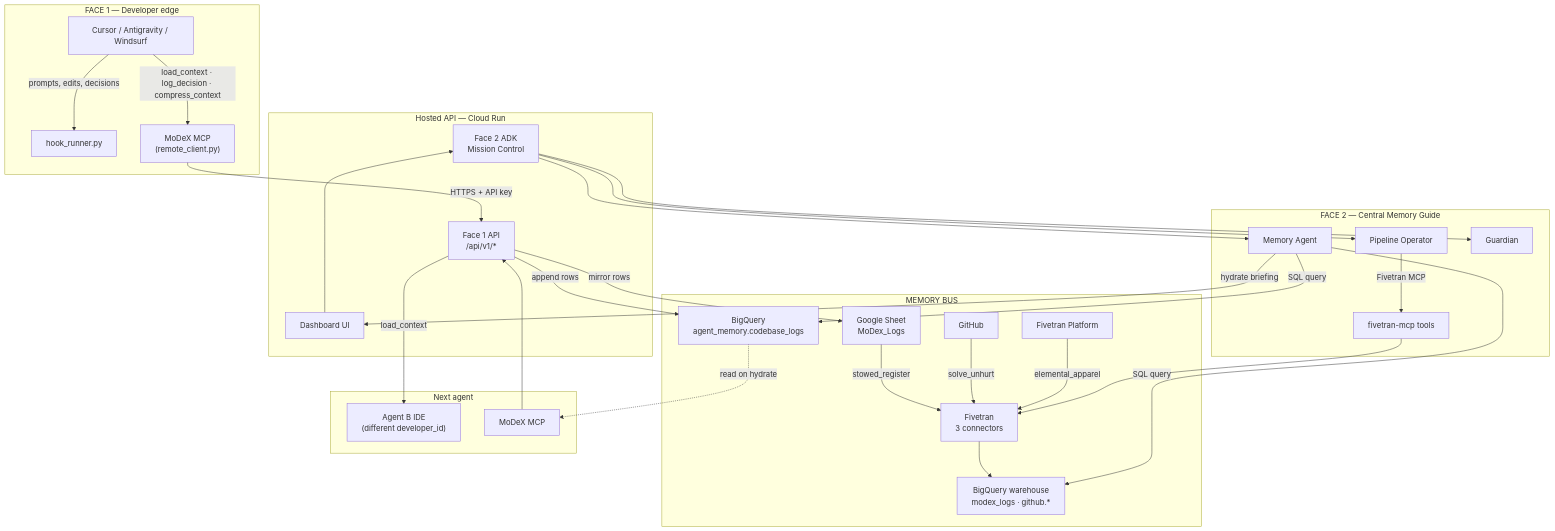
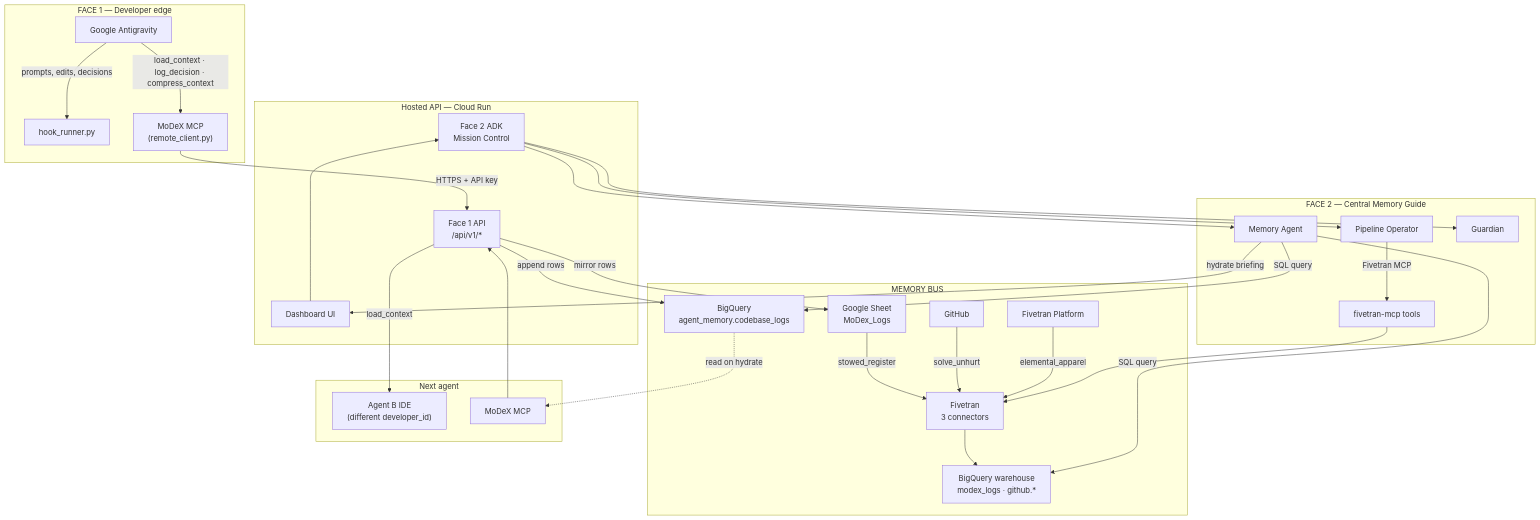
The first of 6 diagrams in docs/ARCHITECTURE_CONNECTIONS.md (Maanyaya/google-hackathon), drawn with Mermaid before and after one commit. The commit also changed other lines of this file and 78 other files, not shown here.

Commit message:
feat: Fivetran Hub dashboard, Section 7B Antigravity-only compliance, remove Cursor artifacts

````diff
--- a/docs/ARCHITECTURE_CONNECTIONS.md
+++ b/docs/ARCHITECTURE_CONNECTIONS.md
@@ -9,51 +9,51 @@
 ```mermaid
 flowchart TB
     subgraph FACE1["FACE 1 — Developer edge"]
-        IDE["Cursor / Antigravity / Windsurf"]
+        IDE["Google Antigravity"]
         HOOKS["hook_runner.py"]
         MCP1["MoDeX MCP\n(remote_client.py)"]
         IDE -->|"prompts, edits, decisions"| HOOKS
         IDE -->|"load_context · log_decision · compress_context"| MCP1
     end
 
     subgraph API["Hosted API — Cloud Run"]
         F1API["Face 1 API\n/api/v1/*"]
         F2API["Face 2 ADK\nMission Control"]
         MCP1 -->|"HTTPS + API key"| F1API
         DASH["Dashboard UI"] --> F2API
     end
 
     subgraph BUS["MEMORY BUS"]
         BQ1["BigQuery\nagent_memory.codebase_logs"]
         SHEET["Google Sheet\nMoDex_Logs"]
         F1API -->|"append rows"| BQ1
         F1API -->|"mirror rows"| SHEET
         FT["Fivetran\n3 connectors"]
         SHEET -->|"stowed_register"| FT
         GH["GitHub"] -->|"solve_unhurt"| FT
         FTPLAT["Fivetran Platform"] -->|"elemental_apparel"| FT
         FT --> BQ2["BigQuery warehouse\nmodex_logs · github.*"]
     end
 
     subgraph FACE2["FACE 2 — Central Memory Guide"]
         MEM["Memory Agent"]
         PIPE["Pipeline Operator"]
         GUARD["Guardian"]
         F2API --> MEM
         F2API --> PIPE
         F2API --> GUARD
         MEM -->|"SQL query"| BQ1
         MEM -->|"SQL query"| BQ2
         PIPE -->|"Fivetran MCP"| FTMC["fivetran-mcp tools"]
         FTMC --> FT
     end
 
     subgraph AGENTB["Next agent"]
         IDE2["Agent B IDE\n(different developer_id)"]
         MCP1B["MoDeX MCP"] --> F1API
         F1API -->|"load_context"| IDE2
         MEM -->|"hydrate briefing"| DASH
     end
 
     BQ1 -.->|"read on hydrate"| MCP1B
 ```
````
